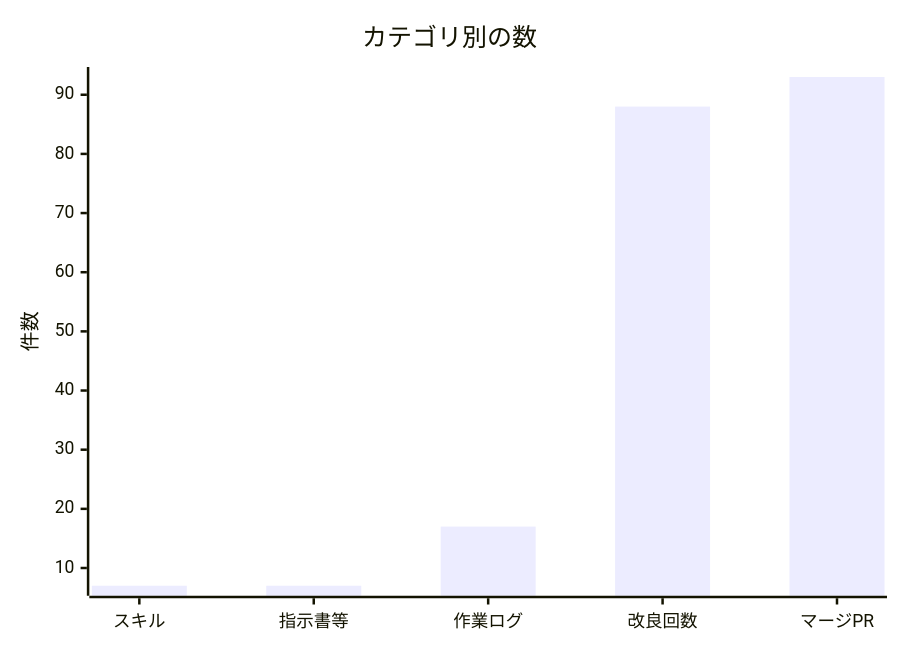
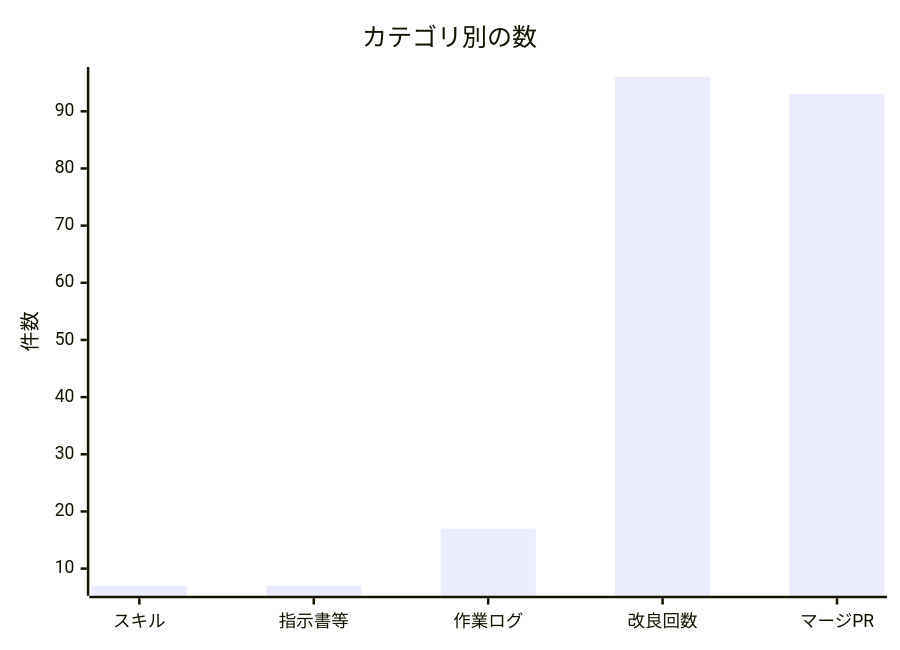
The second of 2 diagrams in docs/進化レポート.md (non-x2/non-x2), drawn with Mermaid before and after one commit. The commit also changed other lines of this file and 6 other files, not shown here.

````diff
--- a/docs/進化レポート.md
+++ b/docs/進化レポート.md
@@ -33,7 +33,7 @@
 ```mermaid
 xychart-beta
     title "カテゴリ別の数"
     x-axis ["スキル", "指示書等", "作業ログ", "改良回数", "マージPR"]
     y-axis "件数"
-    bar [7, 7, 17, 88, 93]
+    bar [7, 7, 17, 96, 93]
 ```
````
